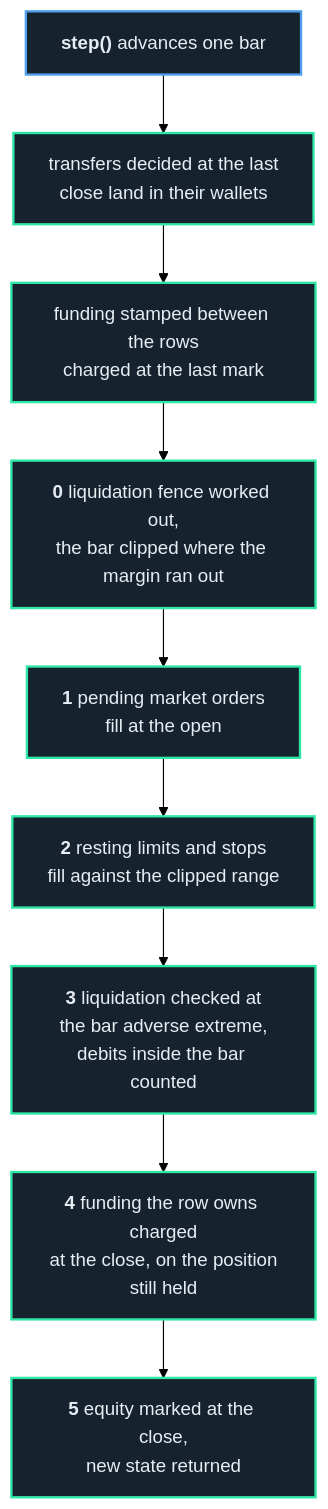
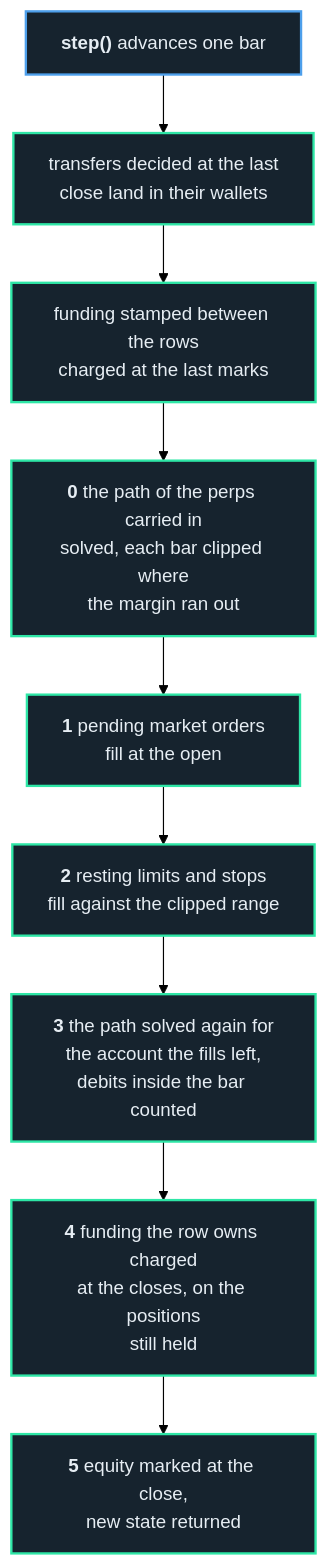
One commit to atOCEANO/probatum changed the diagram in dev/diagrams/205314.mmd. Above: the diagram before and after it, drawn with Mermaid (forest theme). The commit also changed 7 other files, not shown here.

Commit message:
feat(liquidation): liquidate on the synchronous adverse path, at its clip point, by takeover

```diff
--- a/dev/diagrams/205314.mmd
+++ b/dev/diagrams/205314.mmd
@@ -1,24 +1,24 @@
 flowchart TD
     S["<b>step()</b> advances one bar"]
     T["transfers decided at the last<br/>close land in their wallets"]
-    G["funding stamped between the rows<br/>charged at the last mark"]
-    F["<b>0</b> liquidation fence worked out,<br/>the bar clipped where the margin ran out"]
+    G["funding stamped between the rows<br/>charged at the last marks"]
+    F["<b>0</b> the path of the perps carried in<br/>solved, each bar clipped where<br/>the margin ran out"]
     A["<b>1</b> pending market orders<br/>fill at the open"]
     B["<b>2</b> resting limits and stops<br/>fill against the clipped range"]
-    D["<b>3</b> liquidation checked at<br/>the bar adverse extreme,<br/>debits inside the bar counted"]
-    C["<b>4</b> funding the row owns charged<br/>at the close, on the position<br/>still held"]
+    D["<b>3</b> the path solved again for<br/>the account the fills left,<br/>debits inside the bar counted"]
+    C["<b>4</b> funding the row owns charged<br/>at the closes, on the positions<br/>still held"]
     E["<b>5</b> equity marked at the close,<br/>new state returned"]
 
     S --> T
     T --> G
     G --> F
     F --> A
     A --> B
     B --> D
     D --> C
     C --> E
 
     classDef entry fill:#16232e,stroke:#4d9feb,stroke-width:2px,color:#e6edf3
     classDef stage fill:#16232e,stroke:#2ee6a6,stroke-width:2px,color:#e6edf3
     class S entry
     class T,G,F,A,B,C,D,E stage
```
